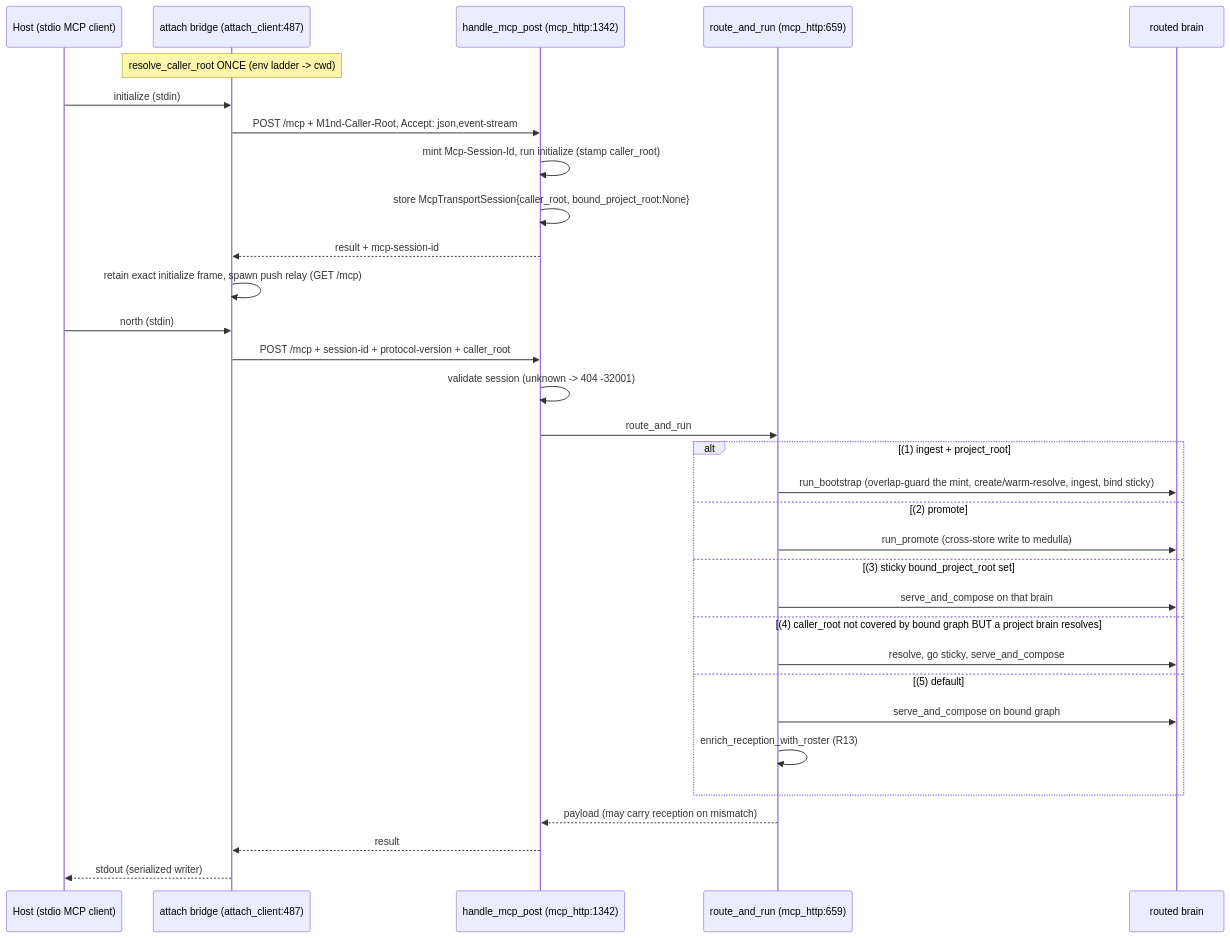
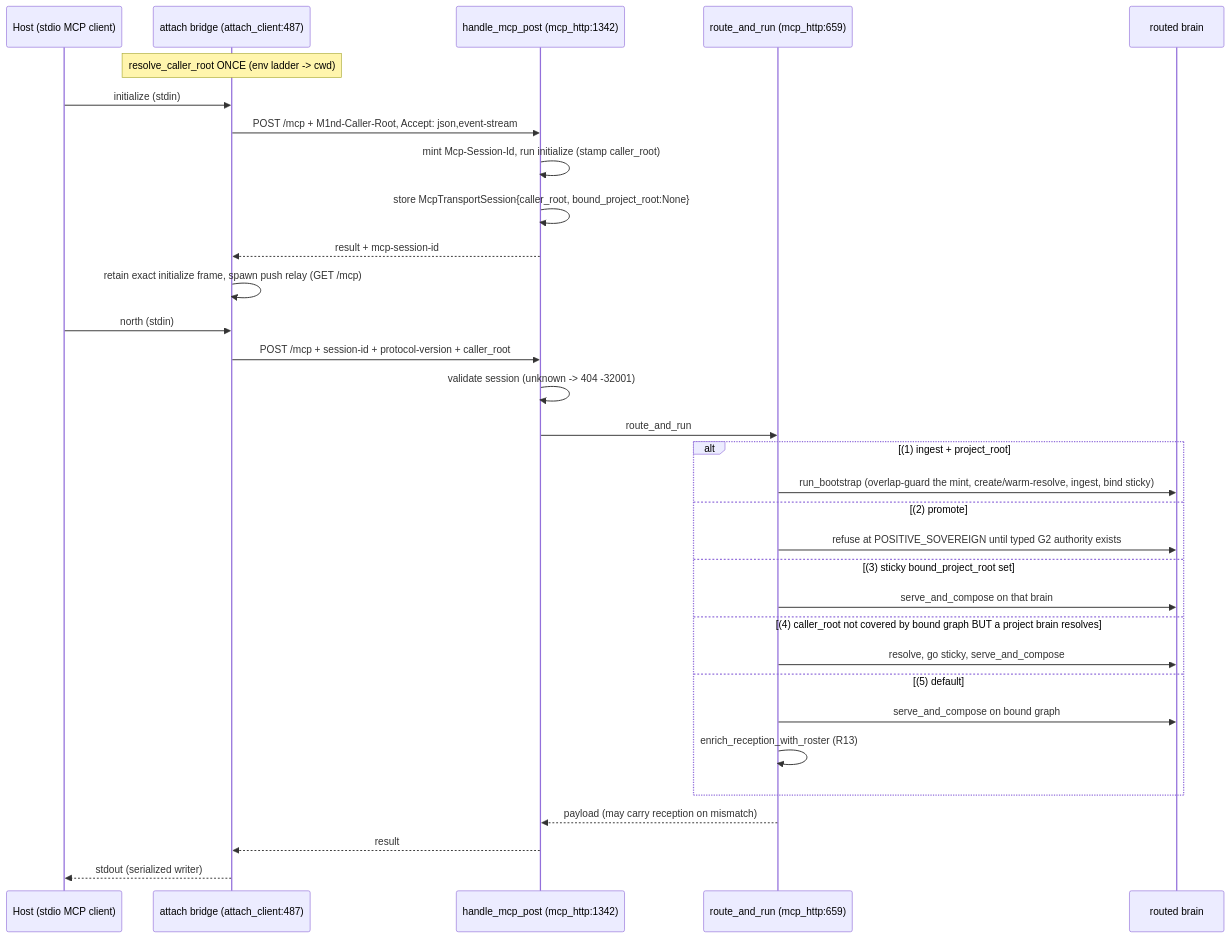
The second of 5 diagrams in docs/uml/routing-reception.md (maxkle1nz/m1nd), drawn with Mermaid before and after one commit. The commit also changed other lines of this file and 397 other files, not shown here.

````diff
--- a/docs/uml/routing-reception.md
+++ b/docs/uml/routing-reception.md
@@ -97,36 +97,36 @@
 ```mermaid
 sequenceDiagram
     participant H as Host (stdio MCP client)
     participant BR as attach bridge (attach_client:487)
     participant P as handle_mcp_post (mcp_http:1342)
     participant RR as route_and_run (mcp_http:659)
     participant BRAIN as routed brain
 
     Note over BR: resolve_caller_root ONCE (env ladder -> cwd)
     H->>BR: initialize (stdin)
     BR->>P: POST /mcp + M1nd-Caller-Root, Accept: json,event-stream
     P->>P: mint Mcp-Session-Id, run initialize (stamp caller_root)
     P->>P: store McpTransportSession{caller_root, bound_project_root:None}
     P-->>BR: result + mcp-session-id
     BR->>BR: retain exact initialize frame, spawn push relay (GET /mcp)
 
     H->>BR: north (stdin)
     BR->>P: POST /mcp + session-id + protocol-version + caller_root
     P->>P: validate session (unknown -> 404 -32001)
     P->>RR: route_and_run
     alt (1) ingest + project_root
         RR->>BRAIN: run_bootstrap (overlap-guard the mint, create/warm-resolve, ingest, bind sticky)
     else (2) promote
-        RR->>BRAIN: run_promote (cross-store write to medulla)
+        RR->>BRAIN: refuse at POSITIVE_SOVEREIGN until typed G2 authority exists
     else (3) sticky bound_project_root set
         RR->>BRAIN: serve_and_compose on that brain
     else (4) caller_root not covered by bound graph BUT a project brain resolves
         RR->>BRAIN: resolve, go sticky, serve_and_compose
     else (5) default
         RR->>BRAIN: serve_and_compose on bound graph
         RR->>RR: enrich_reception_with_roster (R13)
     end
     RR-->>P: payload (may carry reception on mismatch)
     P-->>BR: result
     BR-->>H: stdout (serialized writer)
 ```
````
